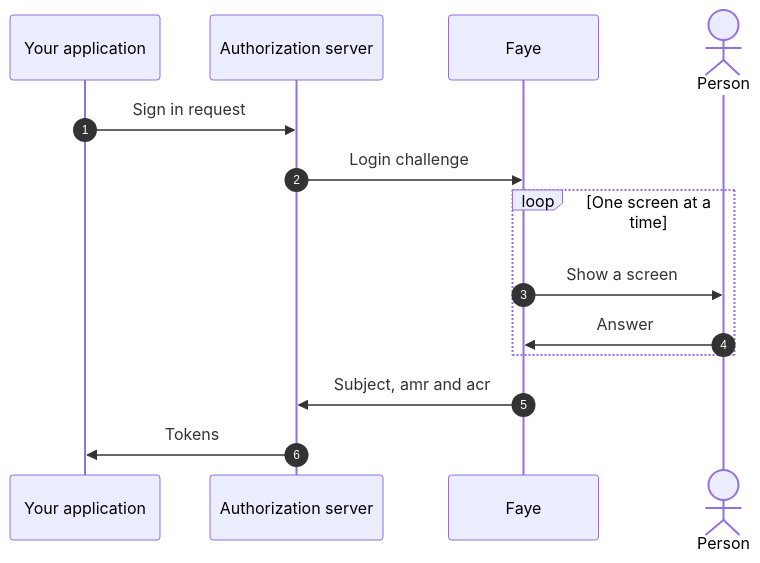
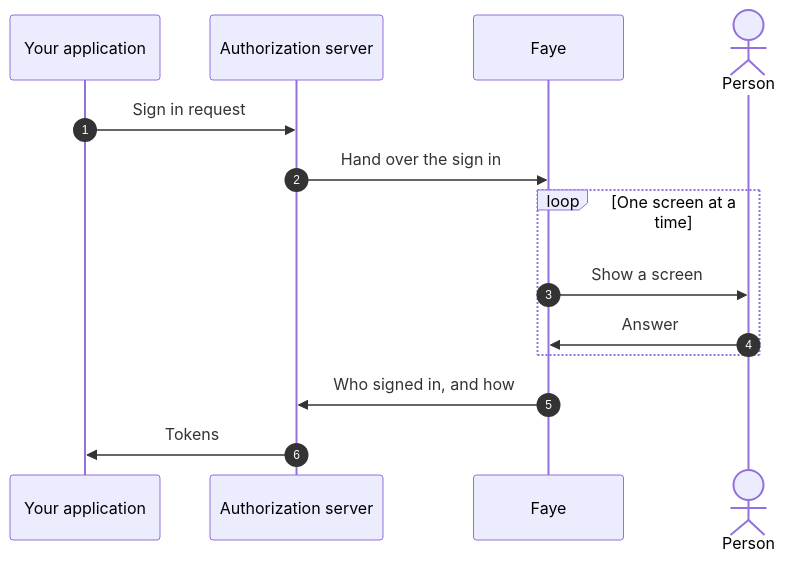
One commit to jwuxan/faye changed the diagram in docs/index.md. Above: the diagram before and after it, drawn with Mermaid. The commit also changed other lines of this file and 9 other files, not shown here.

````diff
--- a/docs/index.md
+++ b/docs/index.md
@@ -30,16 +37,16 @@
 ```mermaid
 sequenceDiagram
   autonumber
   participant App as Your application
   participant AS as Authorization server
   participant F as Faye
   actor P as Person
   App->>AS: Sign in request
-  AS->>F: Login challenge
+  AS->>F: Hand over the sign in
   loop One screen at a time
     F->>P: Show a screen
     P->>F: Answer
   end
-  F->>AS: Subject, amr and acr
+  F->>AS: Who signed in, and how
   AS->>App: Tokens
 ```
````
